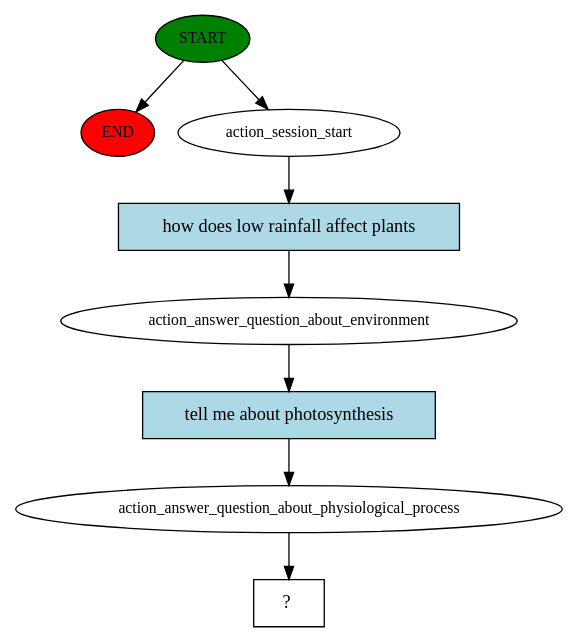
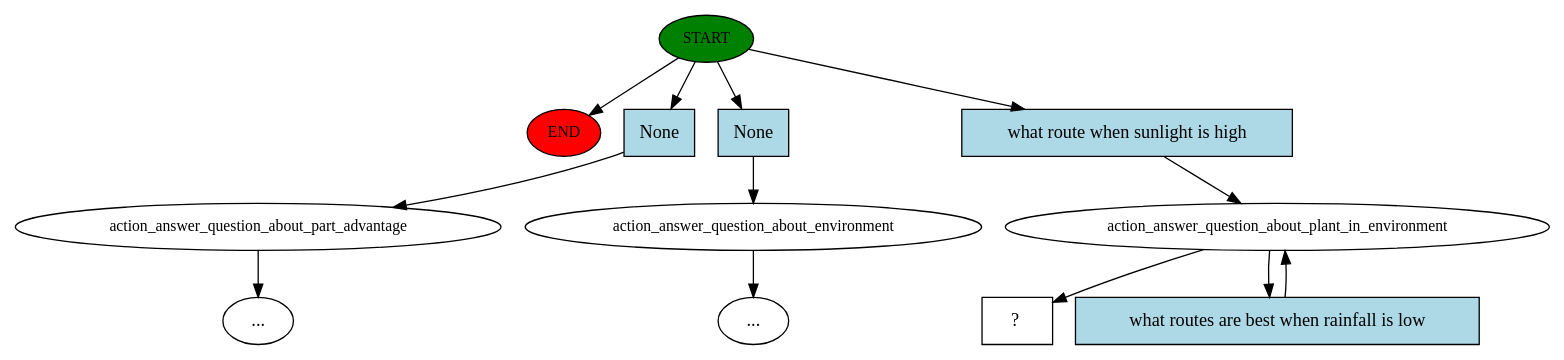
The diagram in story_graph.dot (gozlen/virtual-assistant), drawn with Graphviz before and after one commit. The commit also changed 6 other files, not shown here.

```diff
--- a/story_graph.dot
+++ b/story_graph.dot
@@ -1,17 +1,26 @@
 digraph  {
 0 [class="start active", fillcolor=green, fontsize=12, label=START, style=filled];
 "-1" [class=end, fillcolor=red, fontsize=12, label=END, style=filled];
-1 [class=active, fontsize=12, label=action_session_start];
-2 [class=active, fontsize=12, label=action_answer_question_about_environment];
-3 [class=active, fontsize=12, label=action_answer_question_about_physiological_process];
-4 [class="intent dashed active", label="  ?  ", shape=rect];
-5 [class="intent active", fillcolor=lightblue, label="how does low rainfall affect plants", shape=rect, style=filled];
-6 [class="intent active", fillcolor=lightblue, label="tell me about photosynthesis", shape=rect, style=filled];
+1 [class="", fontsize=12, label=action_answer_question_about_part_advantage];
+"-4" [class=ellipsis, label="..."];
+3 [class="", fontsize=12, label=action_answer_question_about_environment];
+"-6" [class=ellipsis, label="..."];
+5 [class=active, fontsize=12, label=action_answer_question_about_plant_in_environment];
+8 [class="intent dashed active", label="  ?  ", shape=rect];
+9 [class=intent, fillcolor=lightblue, label=None, shape=rect, style=filled];
+10 [class=intent, fillcolor=lightblue, label=None, shape=rect, style=filled];
+11 [class="intent active", fillcolor=lightblue, label="what route when sunlight is high", shape=rect, style=filled];
+12 [class="intent active", fillcolor=lightblue, label="what routes are best when rainfall is low", shape=rect, style=filled];
 0 -> "-1"  [class="", key=NONE, label=""];
-0 -> 1  [class=active, key=NONE, label=""];
-1 -> 5  [class=active, key=0];
-2 -> 6  [class=active, key=0];
-3 -> 4  [class=active, key=NONE, label=""];
-5 -> 2  [class=active, key=0];
-6 -> 3  [class=active, key=0];
+0 -> 9  [class="", key=0];
+0 -> 10  [class="", key=0];
+0 -> 11  [class=active, key=0];
+1 -> "-4"  [class="", key=NONE, label=""];
+3 -> "-6"  [class="", key=NONE, label=""];
+5 -> 8  [class=active, key=NONE, label=""];
+5 -> 12  [class=active, key=0];
+9 -> 1  [class="", key=0];
+10 -> 3  [class="", key=0];
+11 -> 5  [class=active, key=0];
+12 -> 5  [class=active, key=0];
 }
```
